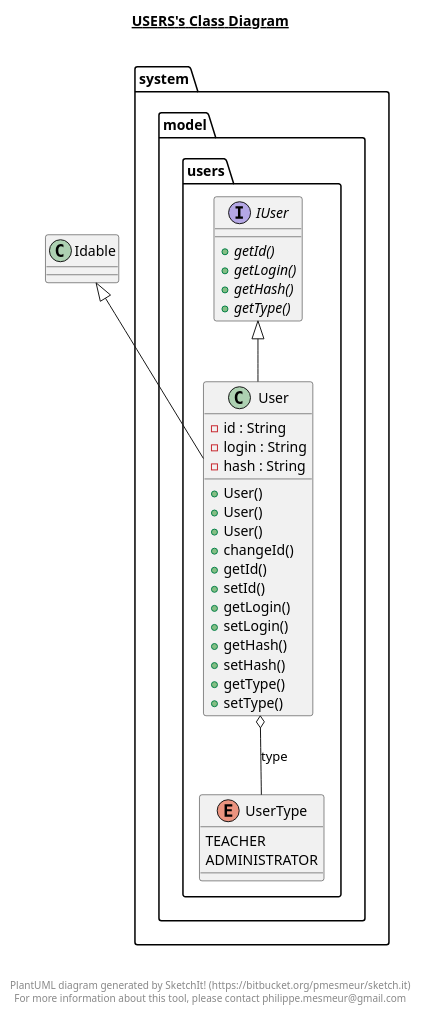
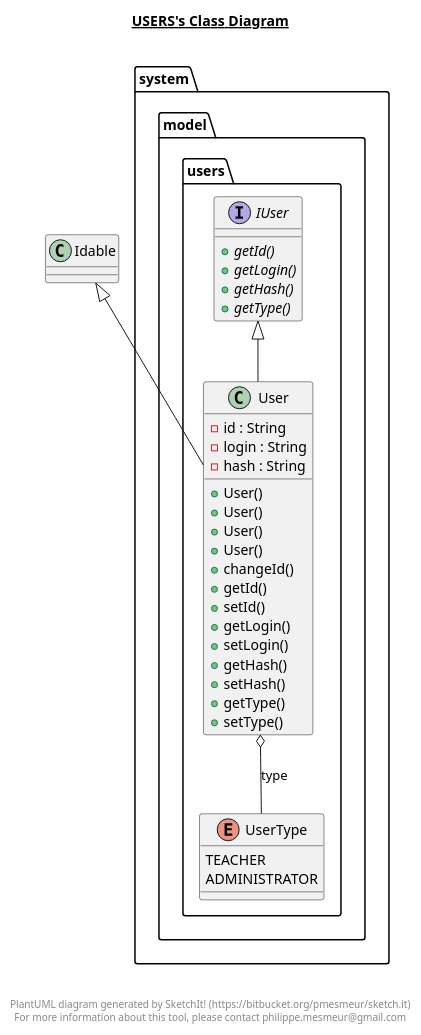
The diagram in src/main/java/system/model/users/users.plantuml (berl-a/DiplomaBackend), drawn with PlantUML before and after one commit. The commit also changed 601 other files, not shown here.

```diff
--- a/src/main/java/system/model/users/users.plantuml
+++ b/src/main/java/system/model/users/users.plantuml
@@ -1,62 +1,63 @@
 @startuml
 
 title __USERS's Class Diagram__\n
 
   package system.model {
     package system.model.users {
       interface IUser {
           {abstract} + getId()
           {abstract} + getLogin()
           {abstract} + getHash()
           {abstract} + getType()
       }
     }
   }
   
 
   package system.model {
     package system.model.users {
       class User {
           - id : String
           - login : String
           - hash : String
+          + User()
           + User()
           + User()
           + User()
           + changeId()
           + getId()
           + setId()
           + getLogin()
           + setLogin()
           + getHash()
           + setHash()
           + getType()
           + setType()
       }
     }
   }
   
 
   package system.model {
     package system.model.users {
       enum UserType {
         TEACHER
         ADMINISTRATOR
       }
     }
   }
   
 
   User -up-|> IUser
   User -up-|> Idable
   User o-- UserType : type
 
 
 right footer
 
 
 PlantUML diagram generated by SketchIt! (https://bitbucket.org/pmesmeur/sketch.it)
 For more information about this tool, please contact philippe.mesmeur@gmail.com
 endfooter
 
 @enduml
```
